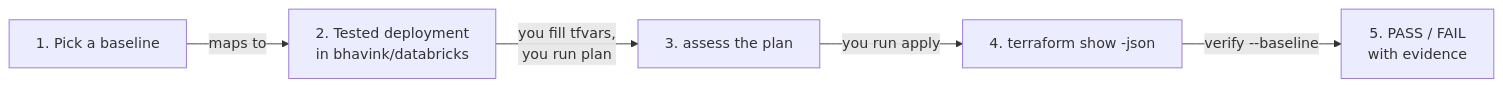
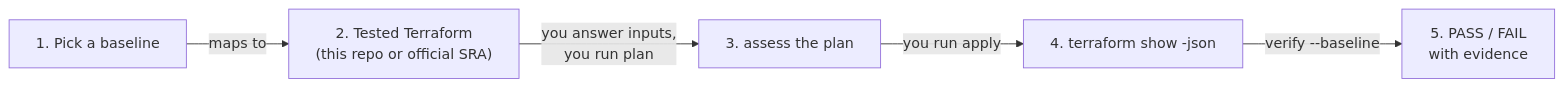
One commit to bhavink/databricks changed the sixth of 6 diagrams in well-architected-agent/GUIDE.md. Above: the diagram before and after it, drawn with Mermaid. The commit also changed other lines of this file and 14 other files, not shown here.

First line of the commit message:
feat(wa-agent): generate deployments for every baseline from tested Terraform

````diff
--- a/well-architected-agent/GUIDE.md
+++ b/well-architected-agent/GUIDE.md
@@ -255,7 +255,7 @@
 ```mermaid
 flowchart LR
-  B["1. Pick a baseline"] -->|"maps to"| T["2. Tested deployment<br/>in bhavink/databricks"]
-  T -->|"you fill tfvars,<br/>you run plan"| P["3. assess the plan"]
+  B["1. Pick a baseline"] -->|"maps to"| T["2. Tested Terraform<br/>(this repo or official SRA)"]
+  T -->|"you answer inputs,<br/>you run plan"| P["3. assess the plan"]
   P -->|"you run apply"| S["4. terraform show -json"]
   S -->|"verify --baseline"| V["5. PASS / FAIL<br/>with evidence"]
 ```
````
